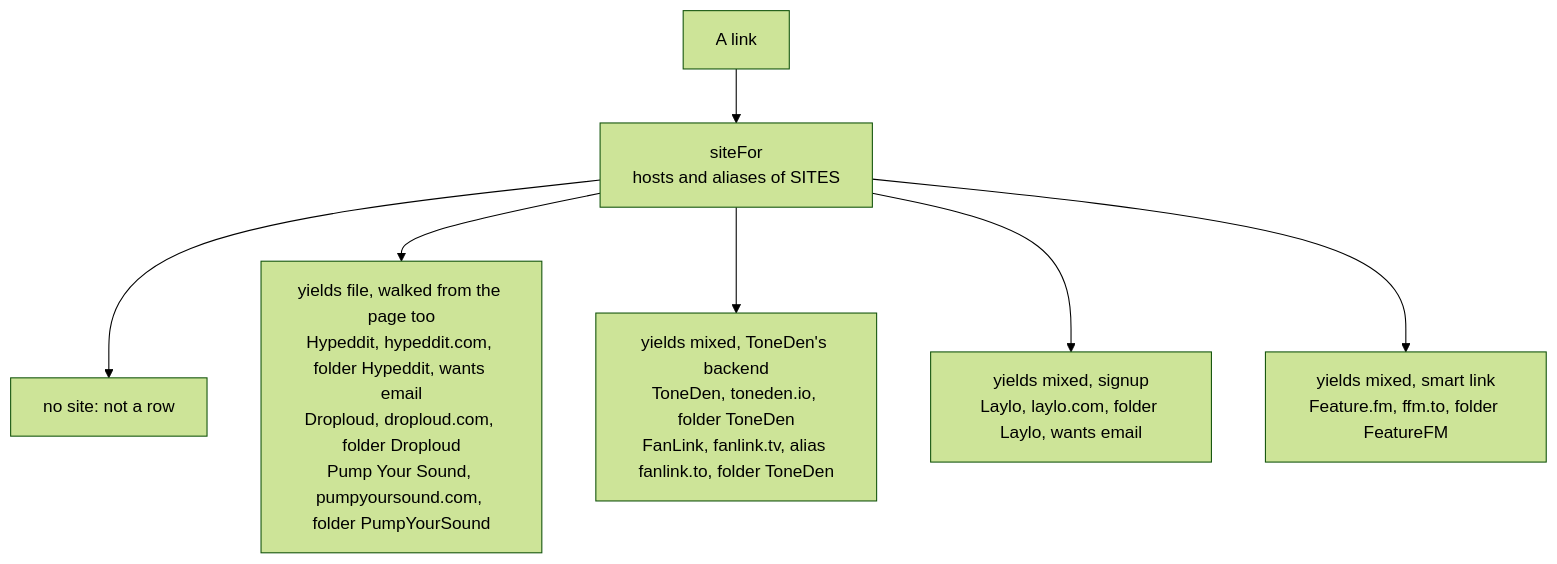
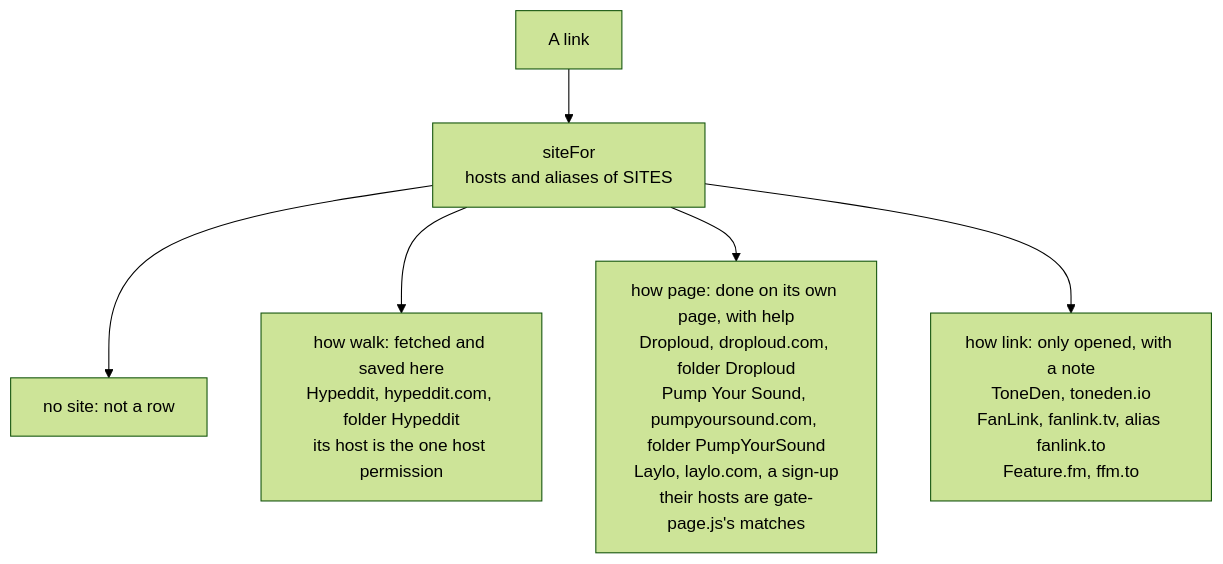
One commit to cutenode/localnetwork changed the fifth of 8 diagrams in apps/localtoolbox/docs/diagrams/downloader.md. Above: the diagram before and after it, drawn with Mermaid (forest theme). The commit also changed other lines of this file and 58 other files, not shown here.

````diff
--- a/apps/localtoolbox/docs/diagrams/downloader.md
+++ b/apps/localtoolbox/docs/diagrams/downloader.md
@@ -137,17 +129,15 @@
 ```mermaid
 flowchart TD
   Link["A link"]
   SiteFor["siteFor<br/>hosts and aliases of SITES"]
   Unclaimed["no site: not a row"]
-  File["yields file, walked from the page too<br/>Hypeddit, hypeddit.com, folder Hypeddit, wants email<br/>Droploud, droploud.com, folder Droploud<br/>Pump Your Sound, pumpyoursound.com, folder PumpYourSound"]
-  Account["yields mixed, ToneDen's backend<br/>ToneDen, toneden.io, folder ToneDen<br/>FanLink, fanlink.tv, alias fanlink.to, folder ToneDen"]
-  Signup["yields mixed, signup<br/>Laylo, laylo.com, folder Laylo, wants email"]
-  Smart["yields mixed, smart link<br/>Feature.fm, ffm.to, folder FeatureFM"]
+  Walk["how walk: fetched and saved here<br/>Hypeddit, hypeddit.com, folder Hypeddit<br/>its host is the one host permission"]
+  Page["how page: done on its own page, with help<br/>Droploud, droploud.com, folder Droploud<br/>Pump Your Sound, pumpyoursound.com, folder PumpYourSound<br/>Laylo, laylo.com, a sign-up<br/>their hosts are gate-page.js's matches"]
+  Only["how link: only opened, with a note<br/>ToneDen, toneden.io<br/>FanLink, fanlink.tv, alias fanlink.to<br/>Feature.fm, ffm.to"]
 
   Link --> SiteFor
   SiteFor --> Unclaimed
-  SiteFor --> File
-  SiteFor --> Account
-  SiteFor --> Signup
-  SiteFor --> Smart
+  SiteFor --> Walk
+  SiteFor --> Page
+  SiteFor --> Only
 ```
````
